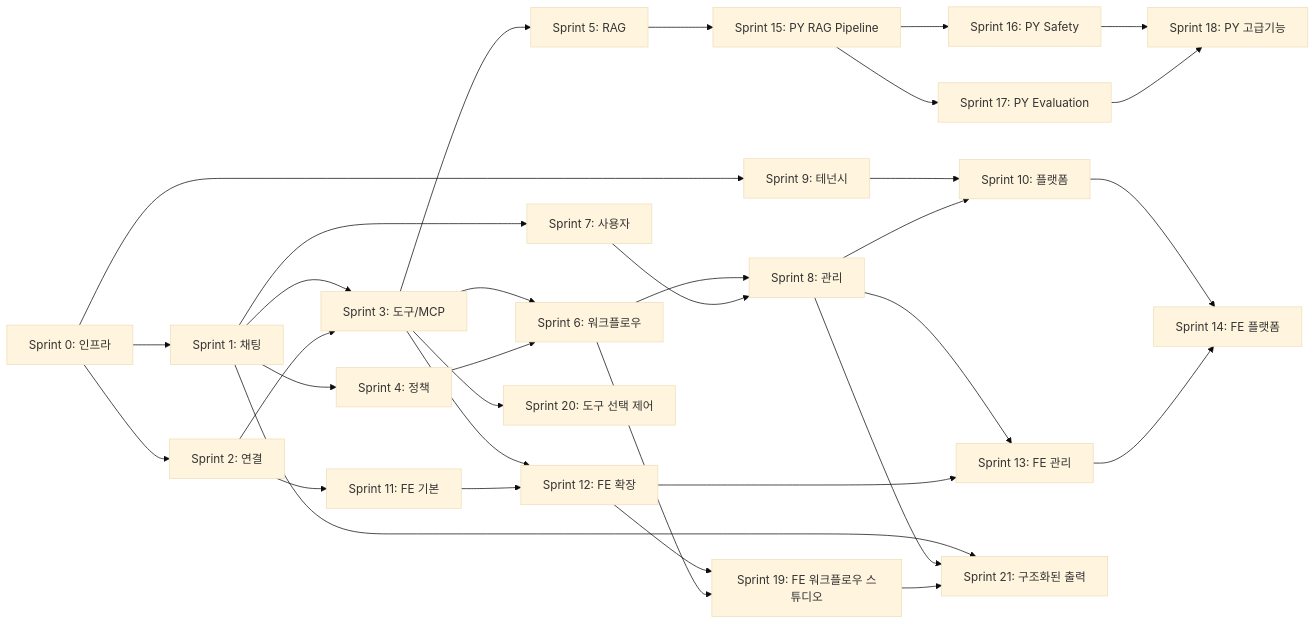
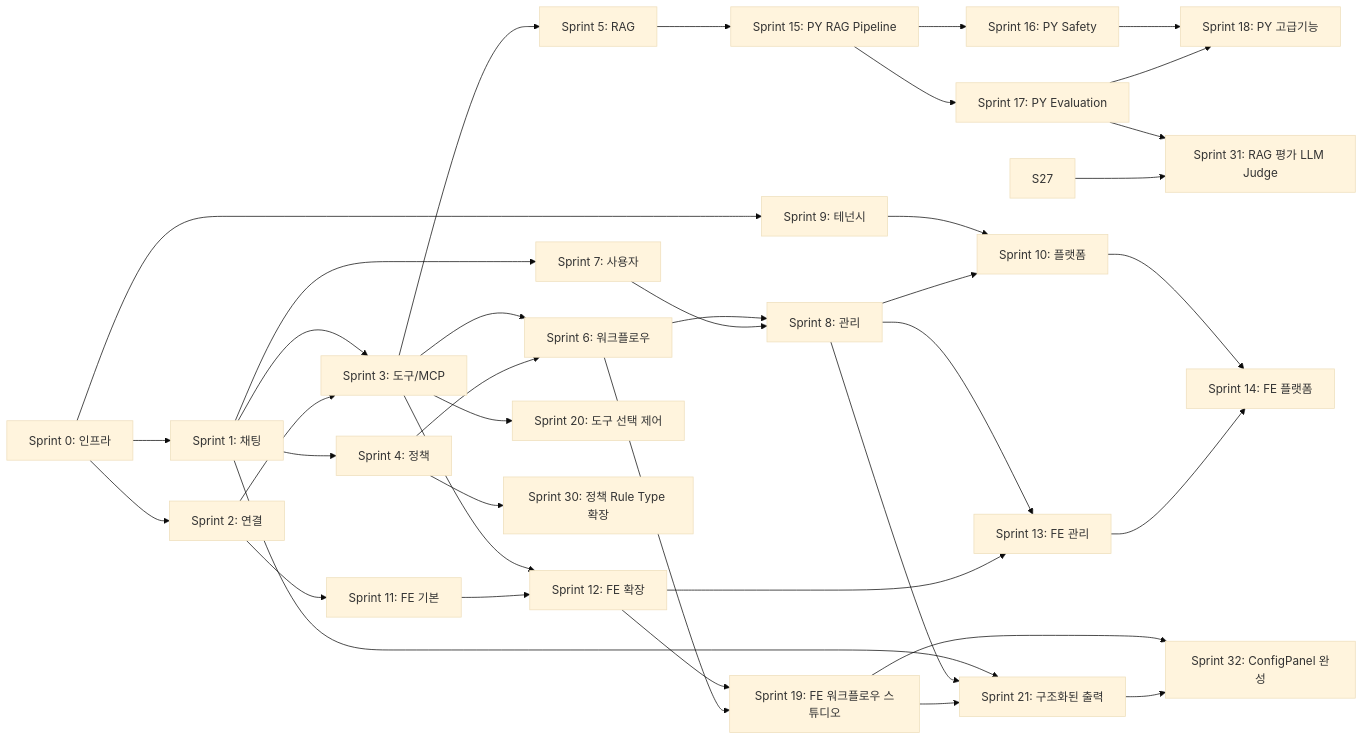
Before and after one commit to johnnykim7/aimbase: the first of 3 diagrams in docs/T3-6_실행_지시서.md, drawn with Mermaid (base theme). The commit also changed other lines of this file and 287 other files, not shown here.

First line of the commit message:
feat: v4.0 전체 업데이트 — Metronic UI 전환, RAG A++, 워크플로우 폴링 수정, 프로젝트/문서/API키 기능

````diff
--- a/docs/T3-6_실행_지시서.md
+++ b/docs/T3-6_실행_지시서.md
@@ -300,35 +304,40 @@
 ```mermaid
 flowchart LR
     S0[Sprint 0: 인프라] --> S1[Sprint 1: 채팅]
     S0 --> S2[Sprint 2: 연결]
     S1 --> S3[Sprint 3: 도구/MCP]
     S2 --> S3
     S1 --> S4[Sprint 4: 정책]
     S3 --> S5[Sprint 5: RAG]
     S3 --> S6[Sprint 6: 워크플로우]
     S4 --> S6
     S1 --> S7[Sprint 7: 사용자]
     S6 --> S8[Sprint 8: 관리]
     S7 --> S8
     S0 --> S9[Sprint 9: 테넌시]
     S9 --> S10[Sprint 10: 플랫폼]
     S8 --> S10
     S2 --> S11[Sprint 11: FE 기본]
     S3 --> S12[Sprint 12: FE 확장]
     S11 --> S12
     S8 --> S13[Sprint 13: FE 관리]
     S12 --> S13
     S10 --> S14[Sprint 14: FE 플랫폼]
     S13 --> S14
     S5 --> S15[Sprint 15: PY RAG Pipeline]
     S15 --> S16[Sprint 16: PY Safety]
     S15 --> S17[Sprint 17: PY Evaluation]
     S16 --> S18[Sprint 18: PY 고급기능]
     S17 --> S18
     S12 --> S19[Sprint 19: FE 워크플로우 스튜디오]
     S6 --> S19
     S3 --> S20[Sprint 20: 도구 선택 제어]
     S1 --> S21[Sprint 21: 구조화된 출력]
     S8 --> S21
     S19 --> S21
+    S4 --> S30[Sprint 30: 정책 Rule Type 확장]
+    S17 --> S31[Sprint 31: RAG 평가 LLM Judge]
+    S27 --> S31
+    S19 --> S32[Sprint 32: ConfigPanel 완성]
+    S21 --> S32
 ```
````
